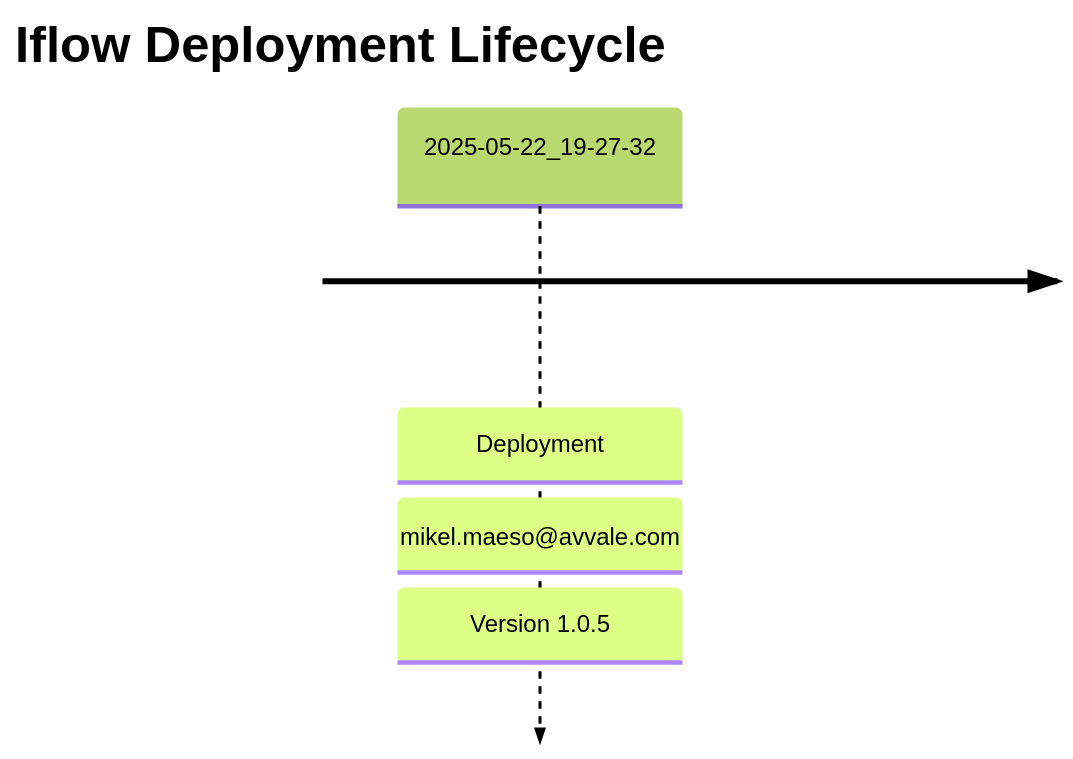
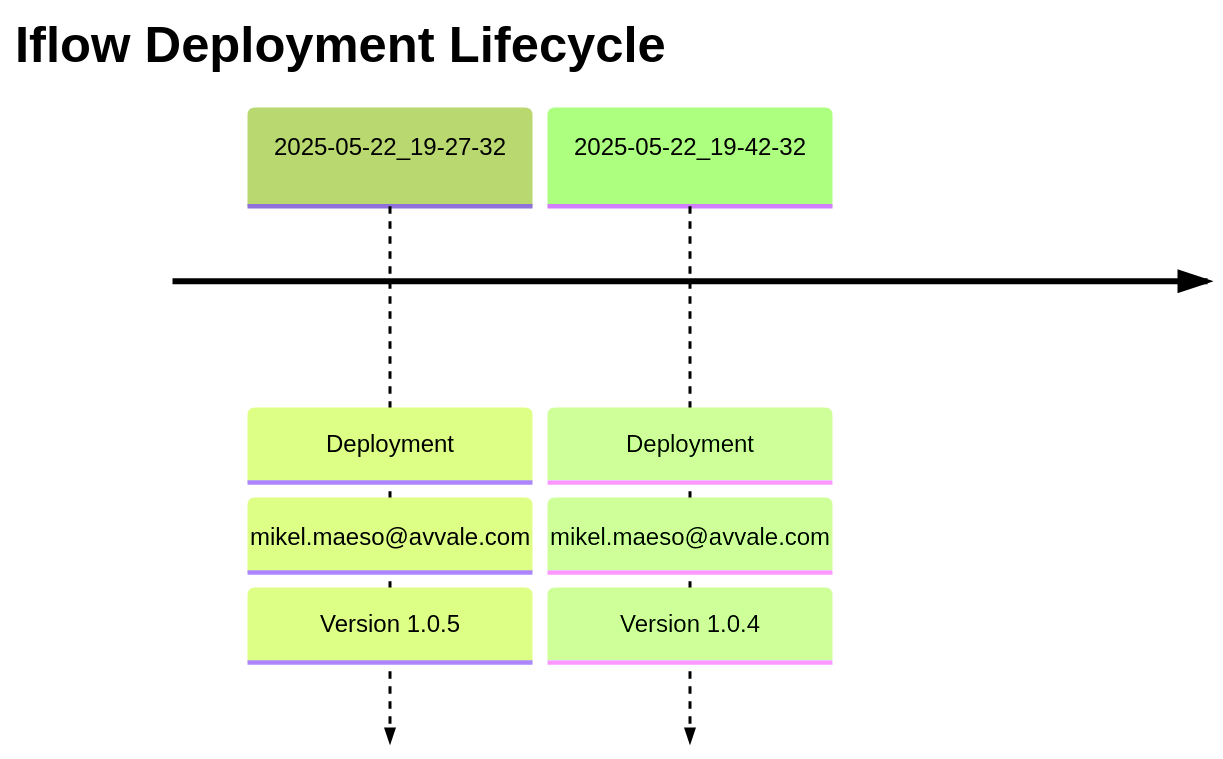
The diagram in MMZ - Cell Iflows/Check_Connectivity_to_SAP_Business_Suite_MMZ/README.md (Avvale-IA-CICD/AvvaleCPI), drawn with Mermaid before and after one commit. The commit also changed other lines of this file, not shown here.

Commit message:
docs: Update master README for MMZ - Cell Iflows/Check_Connectivity_to_SAP_Business_Suite_MMZ (v 1.0.4)

````diff
--- a/MMZ - Cell Iflows/Check_Connectivity_to_SAP_Business_Suite_MMZ/README.md
+++ b/MMZ - Cell Iflows/Check_Connectivity_to_SAP_Business_Suite_MMZ/README.md
@@ -7,6 +7,7 @@
 ```mermaid
 %%{init: { 'logLevel': 'debug', 'theme': 'forest' } }%%
 timeline
     title Iflow Deployment Lifecycle
     2025-05-22_19-27-32 : Deployment : mikel.maeso@avvale.com : Version 1.0.5
+    2025-05-22_19-42-32 : Deployment : mikel.maeso@avvale.com : Version 1.0.4
 ```
````
